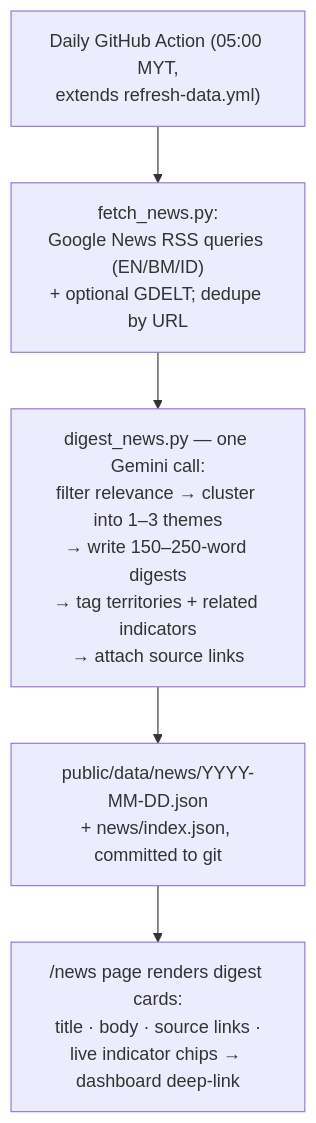
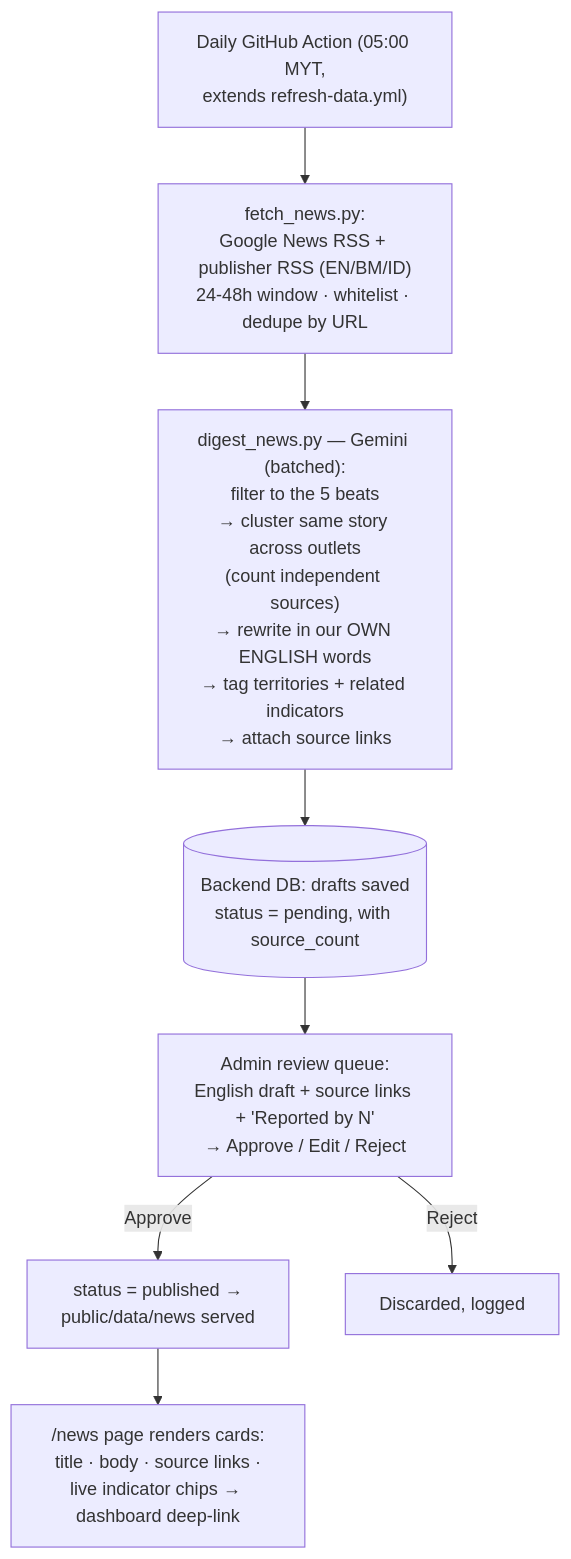
Before and after one commit to angelyong/Borneo_Tracker: the third of 3 diagrams in docs/ADDITIONAL_REQUIREMENTS.md, drawn with Mermaid. The commit also changed other lines of this file and 8 other files, not shown here.

````diff
--- a/docs/ADDITIONAL_REQUIREMENTS.md
+++ b/docs/ADDITIONAL_REQUIREMENTS.md
@@ -225,7 +289,10 @@
 ```mermaid
 flowchart TD
-    A["Daily GitHub Action (05:00 MYT,\nextends refresh-data.yml)"] --> B["fetch_news.py:\nGoogle News RSS queries (EN/BM/ID)\n+ optional GDELT; dedupe by URL"]
-    B --> C["digest_news.py — one Gemini call:\nfilter relevance → cluster into 1–3 themes\n→ write 150–250-word digests\n→ tag territories + related indicators\n→ attach source links"]
-    C --> D["public/data/news/YYYY-MM-DD.json\n+ news/index.json, committed to git"]
-    D --> E["/news page renders digest cards:\ntitle · body · source links ·\nlive indicator chips → dashboard deep-link"]
+    A["Daily GitHub Action (05:00 MYT,\nextends refresh-data.yml)"] --> B["fetch_news.py:\nGoogle News RSS + publisher RSS (EN/BM/ID)\n24-48h window · whitelist · dedupe by URL"]
+    B --> C["digest_news.py — Gemini (batched):\nfilter to the 5 beats\n→ cluster same story across outlets\n(count independent sources)\n→ rewrite in our OWN ENGLISH words\n→ tag territories + related indicators\n→ attach source links"]
+    C --> D[(Backend DB: drafts saved\nstatus = pending, with source_count)]
+    D --> E["Admin review queue:\nEnglish draft + source links + 'Reported by N'\n→ Approve / Edit / Reject"]
+    E -->|Approve| F["status = published →\npublic/data/news served"]
+    E -->|Reject| G[Discarded, logged]
+    F --> H["/news page renders cards:\ntitle · body · source links ·\nlive indicator chips → dashboard deep-link"]
 ```
````
